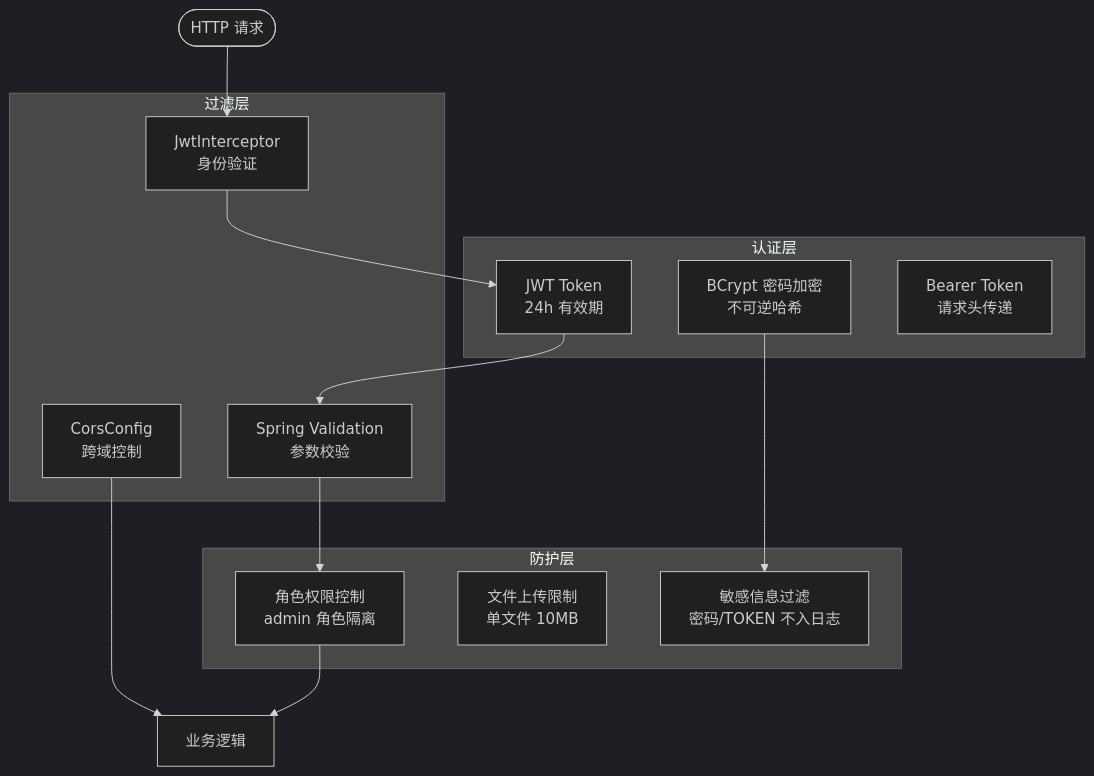
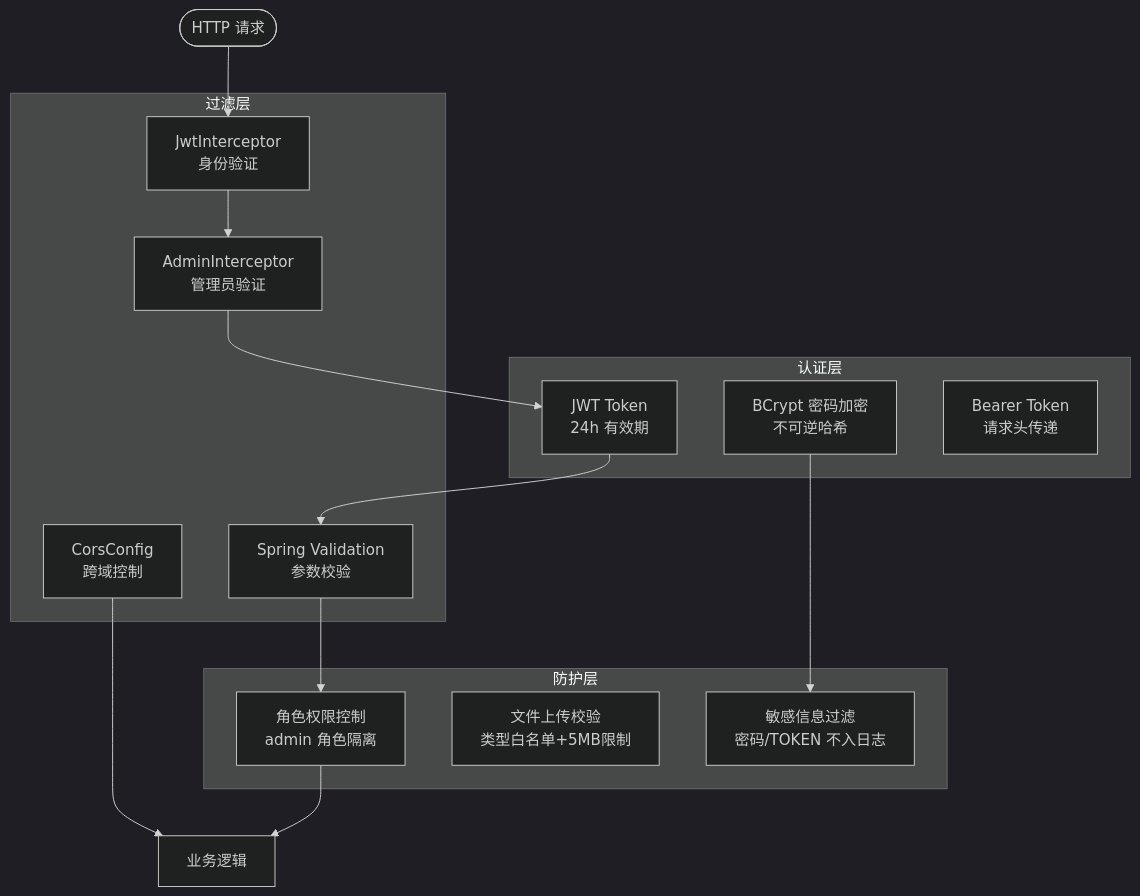
Diagram 11 of 11 in mermaid.md (Shen-coderhorse/xiantao), drawn with Mermaid (dark theme) before and after one commit. The commit also changed other lines of this file and 126 other files, not shown here.

````diff
--- a/mermaid.md
+++ b/mermaid.md
@@ -583,28 +629,30 @@
 ```mermaid
 flowchart TB
     subgraph Auth["认证层"]
         A1["BCrypt 密码加密<br/>不可逆哈希"]
         A2["JWT Token<br/>24h 有效期"]
         A3["Bearer Token<br/>请求头传递"]
     end
 
     subgraph Filter["过滤层"]
         F1["JwtInterceptor<br/>身份验证"]
-        F2["CorsConfig<br/>跨域控制"]
-        F3["Spring Validation<br/>参数校验"]
+        F2["AdminInterceptor<br/>管理员验证"]
+        F3["CorsConfig<br/>跨域控制"]
+        F4["Spring Validation<br/>参数校验"]
     end
 
     subgraph Protect["防护层"]
         P1["角色权限控制<br/>admin 角色隔离"]
-        P2["文件上传限制<br/>单文件 10MB"]
+        P2["文件上传校验<br/>类型白名单+5MB限制"]
         P3["敏感信息过滤<br/>密码/TOKEN 不入日志"]
     end
 
     Request([HTTP 请求]) --> F1
-    F1 --> A2
-    A2 --> F3
-    F3 --> P1
+    F1 --> F2
+    F2 --> A2
+    A2 --> F4
+    F4 --> P1
     P1 --> Server[业务逻辑]
     A1 --> P3
-    F2 --> Server
+    F3 --> Server
 ```
````
